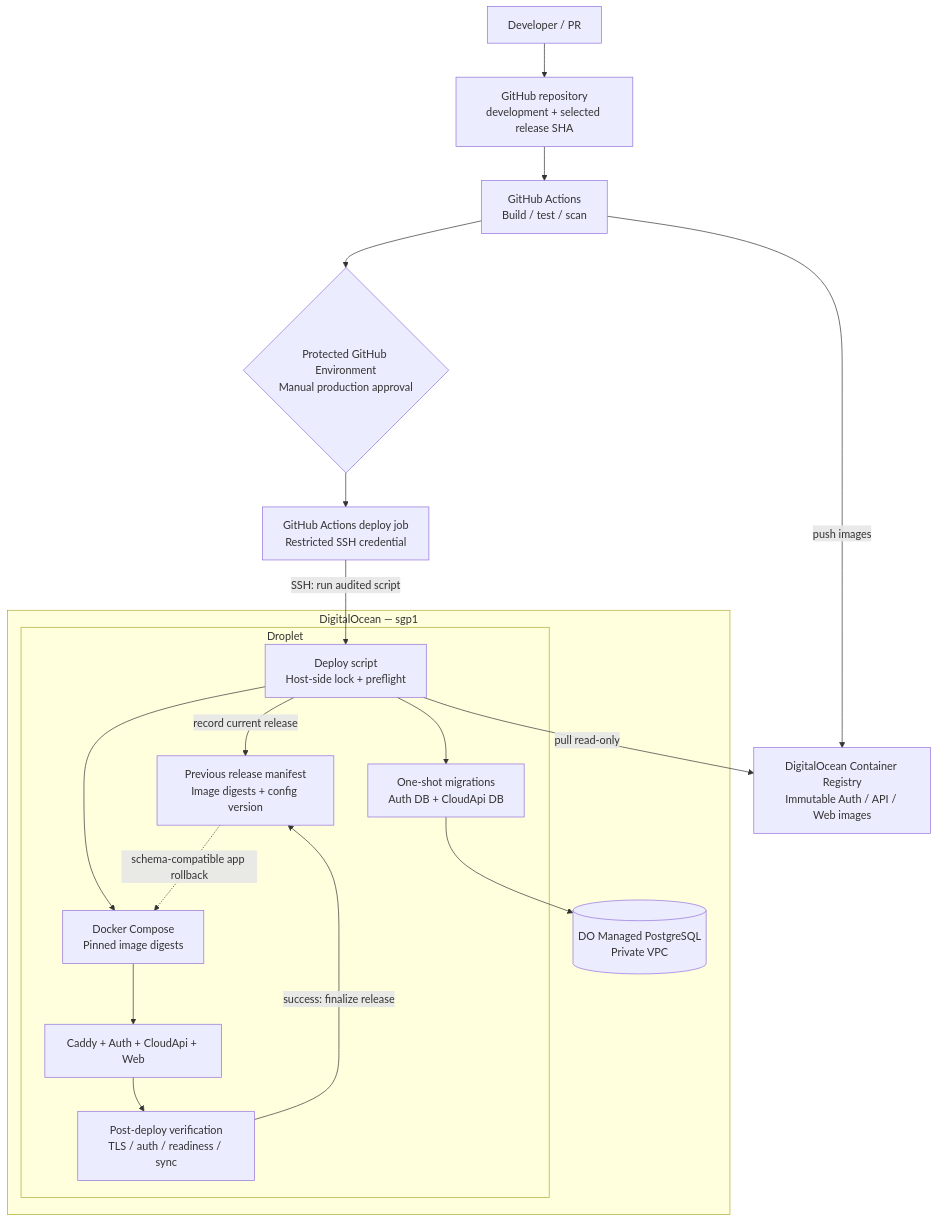
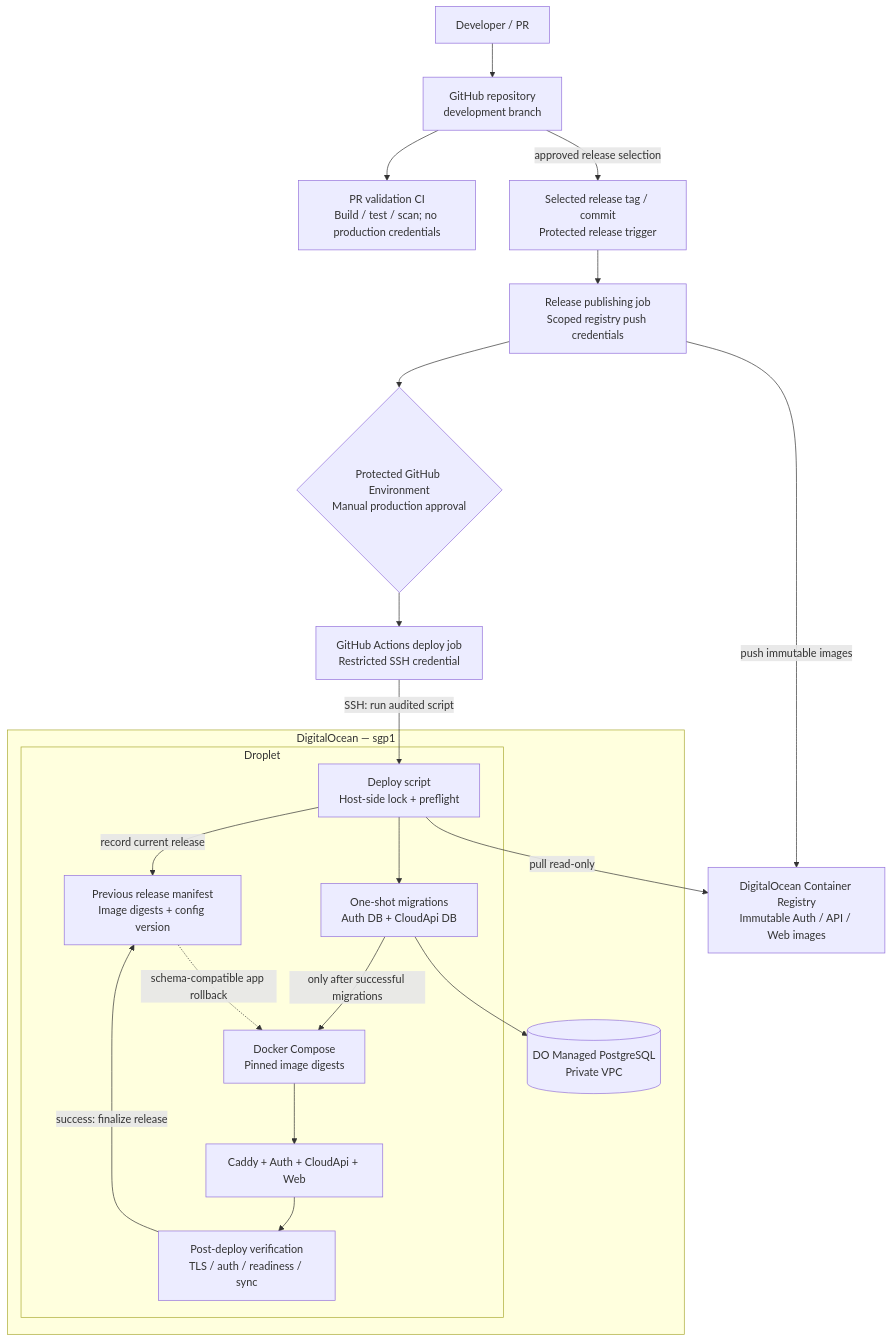
One commit to purin-tavilsup/IndyPOS changed the diagram in docs/diagrams/cloud-cicd-deployment.md. Above: the diagram before and after it, drawn with Mermaid. The commit also changed other lines of this file, not shown here.

Commit message:
docs(diagrams): address CI release isolation and migration ordering review

````diff
--- a/docs/diagrams/cloud-cicd-deployment.md
+++ b/docs/diagrams/cloud-cicd-deployment.md
@@ -7,35 +7,39 @@
 ```mermaid
 flowchart TB
   DEV["Developer / PR"]
-  REPO["GitHub repository<br/>development + selected release SHA"]
-  CI["GitHub Actions<br/>Build / test / scan"]
+  REPO["GitHub repository<br/>development branch"]
+  CI["PR validation CI<br/>Build / test / scan; no production credentials"]
+  RELEASE["Selected release tag / commit<br/>Protected release trigger"]
+  PUBLISH["Release publishing job<br/>Scoped registry push credentials"]
   REG["DigitalOcean Container Registry<br/>Immutable Auth / API / Web images"]
   APPROVE{"Protected GitHub Environment<br/>Manual production approval"}
   SSH["GitHub Actions deploy job<br/>Restricted SSH credential"]
 
   subgraph DO["DigitalOcean — sgp1"]
     subgraph VM["Droplet"]
       LOCK["Deploy script<br/>Host-side lock + preflight"]
       OLD["Previous release manifest<br/>Image digests + config version"]
       MIG["One-shot migrations<br/>Auth DB + CloudApi DB"]
       COMP["Docker Compose<br/>Pinned image digests"]
       APPS["Caddy + Auth + CloudApi + Web"]
       CHECK["Post-deploy verification<br/>TLS / auth / readiness / sync"]
     end
     DB[("DO Managed PostgreSQL<br/>Private VPC")]
   end
 
   DEV --> REPO --> CI
-  CI -->|"push images"| REG
-  CI --> APPROVE
+  REPO -->|"approved release selection"| RELEASE
+  RELEASE --> PUBLISH
+  PUBLISH -->|"push immutable images"| REG
+  PUBLISH --> APPROVE
   APPROVE --> SSH
   SSH -->|"SSH: run audited script"| LOCK
   LOCK -->|"record current release"| OLD
   LOCK -->|"pull read-only"| REG
   LOCK --> MIG
   MIG --> DB
-  LOCK --> COMP --> APPS
+  MIG -->|"only after successful migrations"| COMP --> APPS
   APPS --> CHECK
   CHECK -->|"success: finalize release"| OLD
   OLD -.->|"schema-compatible app rollback"| COMP
 ```
````
